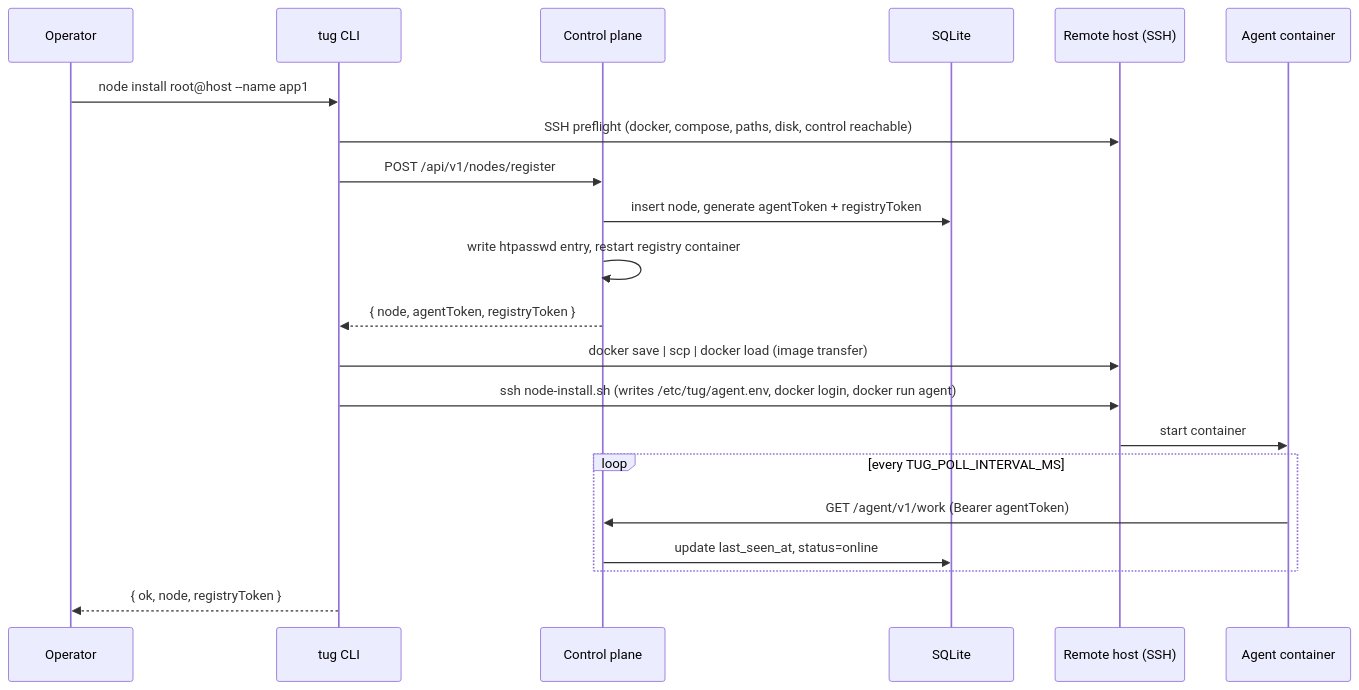
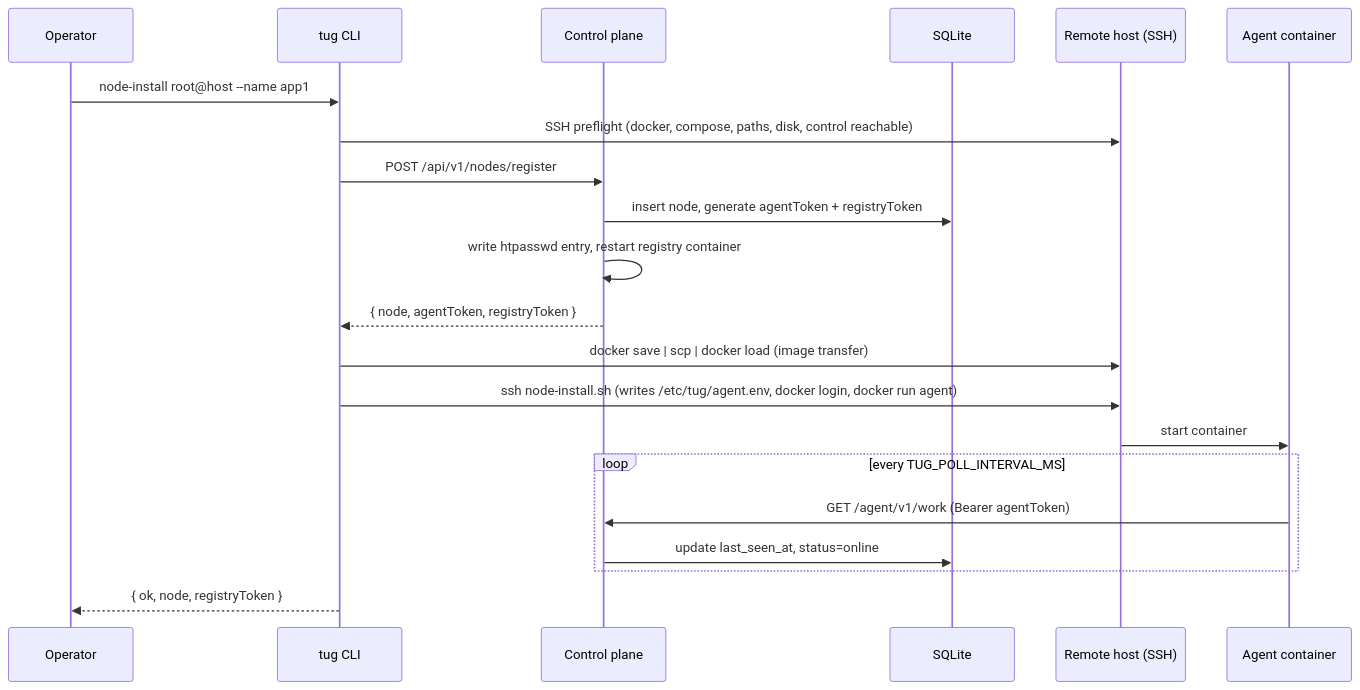
One commit to wpelevator/tug changed the first of 4 diagrams in docs/architecture.md. Above: the diagram before and after it, drawn with Mermaid. The commit also changed other lines of this file and 59 other files, not shown here.

Commit message:
Deploy built images without a registry, redesign the CLI, fix issues from real-host tests (#4)

````diff
--- a/docs/architecture.md
+++ b/docs/architecture.md
@@ -26,24 +36,24 @@
 ```mermaid
 sequenceDiagram
     participant Op as Operator
     participant CLI as tug CLI
     participant Ctrl as Control plane
     participant DB as SQLite
     participant Host as Remote host (SSH)
     participant Agent as Agent container
 
-    Op->>CLI: node install root@host --name app1
+    Op->>CLI: node-install root@host --name app1
     CLI->>Host: SSH preflight (docker, compose, paths, disk, control reachable)
     CLI->>Ctrl: POST /api/v1/nodes/register
     Ctrl->>DB: insert node, generate agentToken + registryToken
     Ctrl->>Ctrl: write htpasswd entry, restart registry container
     Ctrl-->>CLI: { node, agentToken, registryToken }
     CLI->>Host: docker save | scp | docker load (image transfer)
     CLI->>Host: ssh node-install.sh (writes /etc/tug/agent.env, docker login, docker run agent)
     Host->>Agent: start container
     loop every TUG_POLL_INTERVAL_MS
         Agent->>Ctrl: GET /agent/v1/work (Bearer agentToken)
         Ctrl->>DB: update last_seen_at, status=online
     end
     CLI-->>Op: { ok, node, registryToken }
 ```
````
